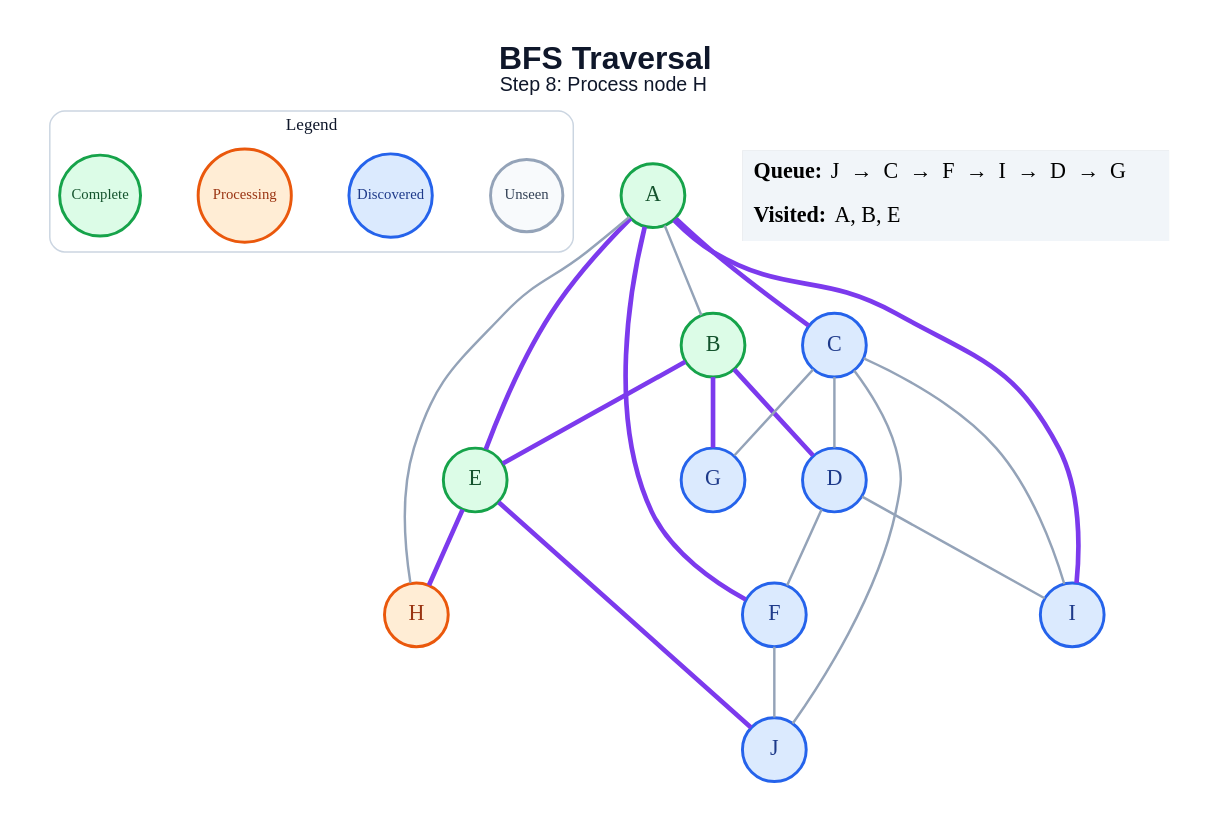
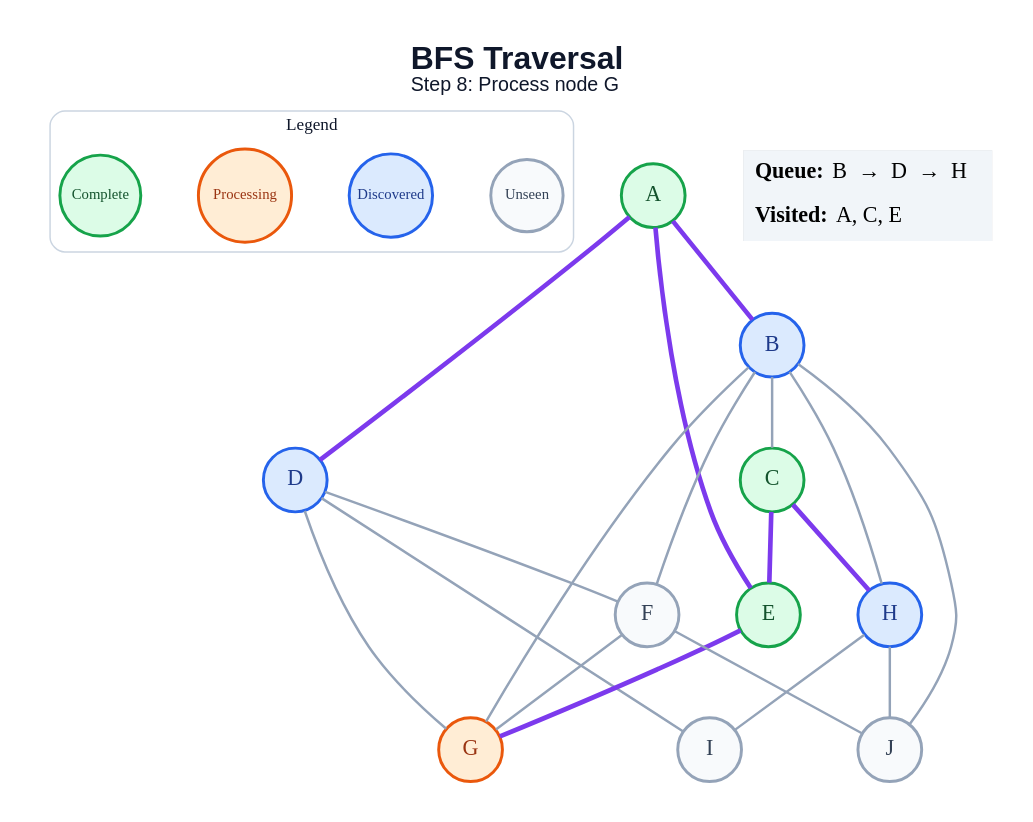
The diagram in generated/specific-node/bfs/step_08.dot (amanghodawala9/ai-slop), drawn with Graphviz before and after one commit. The commit also changed 178 other files, not shown here.

```diff
--- a/generated/specific-node/bfs/step_08.dot
+++ b/generated/specific-node/bfs/step_08.dot
@@ -1,47 +1,47 @@
 graph traversal {
   graph [layout=dot, rankdir=TB, bgcolor="#FFFFFF", pad="0.35", nodesep="0.65", ranksep="0.8", fontname="Arial"];
   node [shape=circle, style="filled", fontname="Arial Bold", fontsize=18, width=0.72, fixedsize=true, penwidth=2.4];
   edge [color="#94A3B8", penwidth=2.0];
-  label=<<B>BFS Traversal</B><BR/><FONT POINT-SIZE="16">Step 8: Process node H</FONT>>; labelloc="t"; fontsize=26; fontname="Arial"; fontcolor="#0F172A";
+  label=<<B>BFS Traversal</B><BR/><FONT POINT-SIZE="16">Step 8: Process node G</FONT>>; labelloc="t"; fontsize=26; fontname="Arial"; fontcolor="#0F172A";
   subgraph cluster_legend { label="Legend"; color="#CBD5E1"; penwidth=1.2; style="rounded"; fontsize=14; fontname="Arial Bold";
     key_unseen [label="Unseen", fillcolor="#F8FAFC", color="#94A3B8", fontcolor="#334155", fontsize=12, width=0.82];
     key_frontier [label="Discovered", fillcolor="#DBEAFE", color="#2563EB", fontcolor="#1E3A8A", fontsize=12, width=0.95];
     key_current [label="Processing", fillcolor="#FFEDD5", color="#EA580C", fontcolor="#9A3412", fontsize=12, width=1.05];
     key_done [label="Complete", fillcolor="#DCFCE7", color="#16A34A", fontcolor="#14532D", fontsize=12, width=0.92];
     { rank=same; key_unseen; key_frontier; key_current; key_done; }
   }
   A [fillcolor="#DCFCE7", color="#16A34A", fontcolor="#14532D"];
-  B [fillcolor="#DCFCE7", color="#16A34A", fontcolor="#14532D"];
-  C [fillcolor="#DBEAFE", color="#2563EB", fontcolor="#1E3A8A"];
+  B [fillcolor="#DBEAFE", color="#2563EB", fontcolor="#1E3A8A"];
+  C [fillcolor="#DCFCE7", color="#16A34A", fontcolor="#14532D"];
   D [fillcolor="#DBEAFE", color="#2563EB", fontcolor="#1E3A8A"];
   E [fillcolor="#DCFCE7", color="#16A34A", fontcolor="#14532D"];
-  F [fillcolor="#DBEAFE", color="#2563EB", fontcolor="#1E3A8A"];
-  G [fillcolor="#DBEAFE", color="#2563EB", fontcolor="#1E3A8A"];
-  H [fillcolor="#FFEDD5", color="#EA580C", fontcolor="#9A3412"];
-  I [fillcolor="#DBEAFE", color="#2563EB", fontcolor="#1E3A8A"];
-  J [fillcolor="#DBEAFE", color="#2563EB", fontcolor="#1E3A8A"];
-  A -- B;
-  A -- C [color="#7C3AED", penwidth=3.8];
+  F [fillcolor="#F8FAFC", color="#94A3B8", fontcolor="#334155"];
+  G [fillcolor="#FFEDD5", color="#EA580C", fontcolor="#9A3412"];
+  H [fillcolor="#DBEAFE", color="#2563EB", fontcolor="#1E3A8A"];
+  I [fillcolor="#F8FAFC", color="#94A3B8", fontcolor="#334155"];
+  J [fillcolor="#F8FAFC", color="#94A3B8", fontcolor="#334155"];
+  A -- B [color="#7C3AED", penwidth=3.8];
+  A -- D [color="#7C3AED", penwidth=3.8];
   A -- E [color="#7C3AED", penwidth=3.8];
-  A -- F [color="#7C3AED", penwidth=3.8];
-  A -- H;
-  A -- I [color="#7C3AED", penwidth=3.8];
-  B -- D [color="#7C3AED", penwidth=3.8];
-  B -- E [color="#7C3AED", penwidth=3.8];
-  B -- G [color="#7C3AED", penwidth=3.8];
-  C -- D;
-  C -- G;
-  C -- I;
-  C -- J;
+  B -- C;
+  B -- F;
+  B -- G;
+  B -- H;
+  B -- J;
+  C -- E [color="#7C3AED", penwidth=3.8];
+  C -- H [color="#7C3AED", penwidth=3.8];
   D -- F;
+  D -- G;
   D -- I;
-  E -- H [color="#7C3AED", penwidth=3.8];
-  E -- J [color="#7C3AED", penwidth=3.8];
+  E -- G [color="#7C3AED", penwidth=3.8];
+  F -- G;
   F -- J;
+  H -- I;
+  H -- J;
   status [shape=plain, fixedsize=false, width=0, height=0, margin=0, label=<
     <TABLE BORDER="0" CELLBORDER="0" CELLPADDING="7" BGCOLOR="#F1F5F9">
-      <TR><TD ALIGN="LEFT"><B>Queue:</B> J  →  C  →  F  →  I  →  D  →  G</TD></TR>
-      <TR><TD ALIGN="LEFT"><B>Visited:</B> A, B, E</TD></TR>
+      <TR><TD ALIGN="LEFT"><B>Queue:</B> B  →  D  →  H</TD></TR>
+      <TR><TD ALIGN="LEFT"><B>Visited:</B> A, C, E</TD></TR>
     </TABLE>
   >];
 }
```
